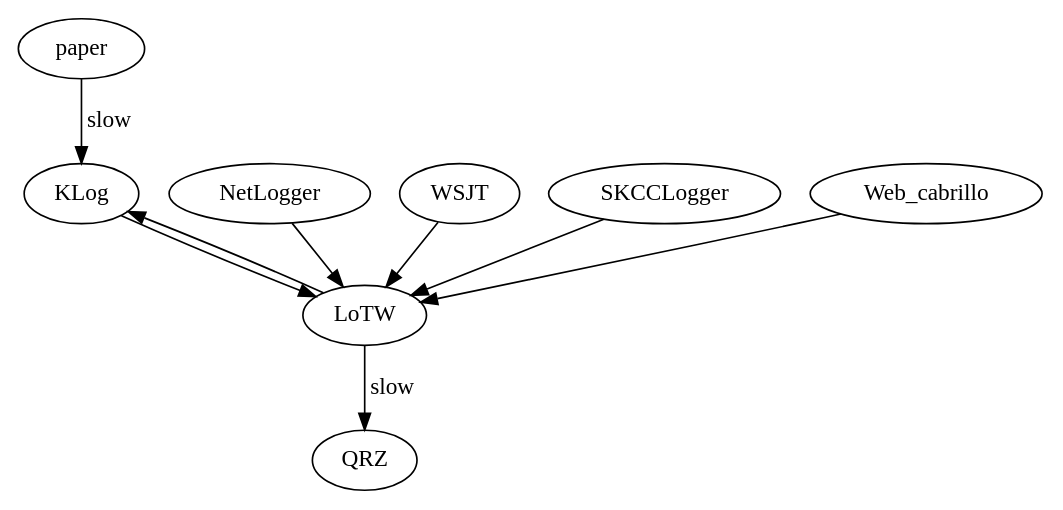
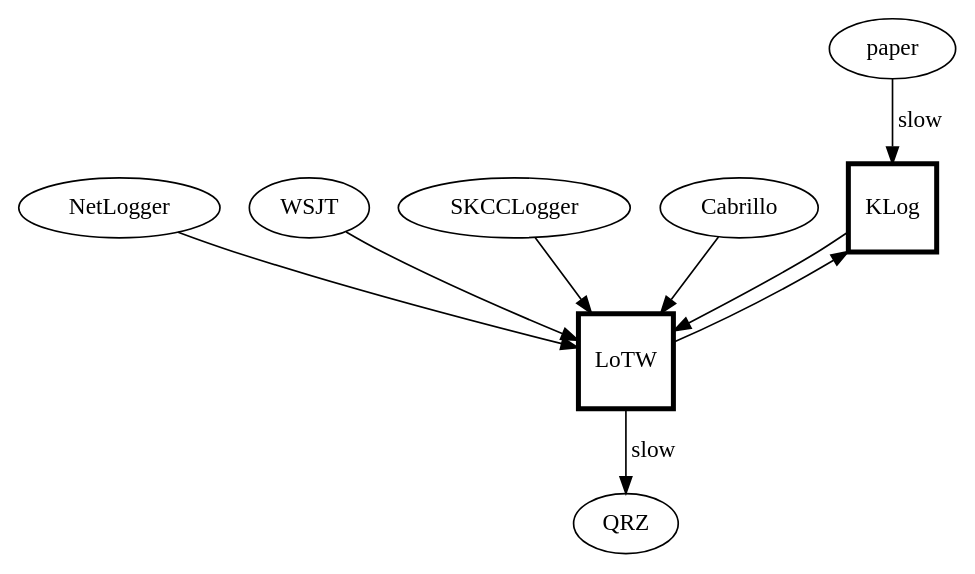
One commit to zimolzak/allhams changed the diagram in my_log_workflow.dot. Above: the diagram before and after it, drawn with Graphviz.

Commit message:
thick border squares for main ones

```diff
--- a/my_log_workflow.dot
+++ b/my_log_workflow.dot
@@ -1,12 +1,15 @@
 digraph{
+
+KLog [shape="square", penwidth=3];
+LoTW [shape="square", penwidth=3];
 
 paper -> KLog [label="slow"];
 KLog -> LoTW;
 LoTW -> QRZ [label="slow"];
 LoTW -> KLog;
 NetLogger -> LoTW;
 WSJT -> LoTW;
 SKCCLogger -> LoTW;
-Web_cabrillo -> LoTW;
+Cabrillo -> LoTW;
 
 }
```
